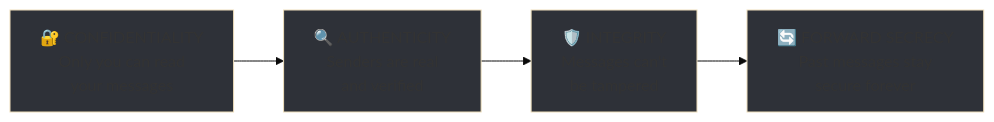
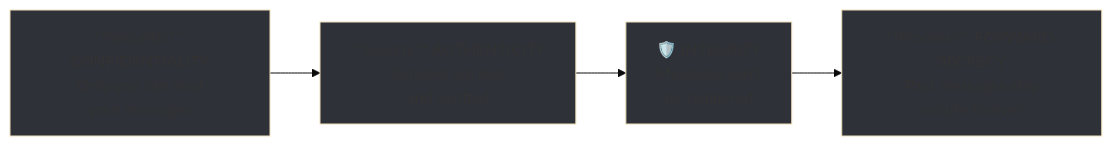
Before and after one commit to joinself/academy: the diagram in docs/concepts/secure-connections.md, drawn with Mermaid (base theme). The commit also changed other lines of this file and 26 other files, not shown here.

````diff
--- a/docs/concepts/secure-connections.md
+++ b/docs/concepts/secure-connections.md
@@ -26,14 +26,14 @@
 ```mermaid
 graph LR
-    A[🔐 CONFIDENTIALITY<br/>Only you can read<br/>your messages]
-    B[🔍 AUTHENTICITY<br/>Senders are real<br/>and verified]
+    A[**Security:** CONFIDENTIALITY<br/>Only you can read<br/>your messages]
+    B[**Search:** AUTHENTICITY<br/>Senders are real<br/>and verified]
     C[🛡️ INTEGRITY<br/>Messages can't<br/>be tampered]
-    D[🔄 FORWARD SECRECY<br/>Past messages stay<br/>secure forever]
+    D[**Process:** FORWARD SECRECY<br/>Past messages stay<br/>secure forever]
     
     A --> B --> C --> D
     
     style A fill:#2E3138
     style B fill:#2E3138
     style C fill:#2E3138
     style D fill:#2E3138
 ```
````
